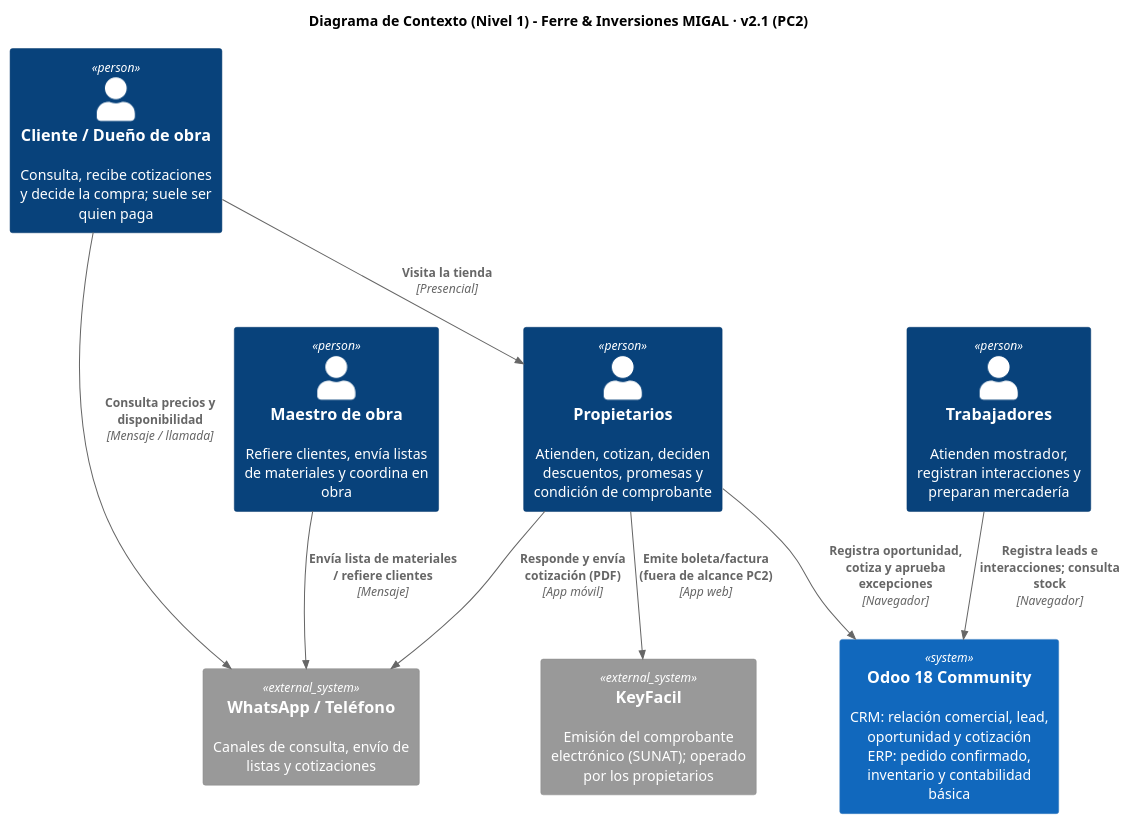
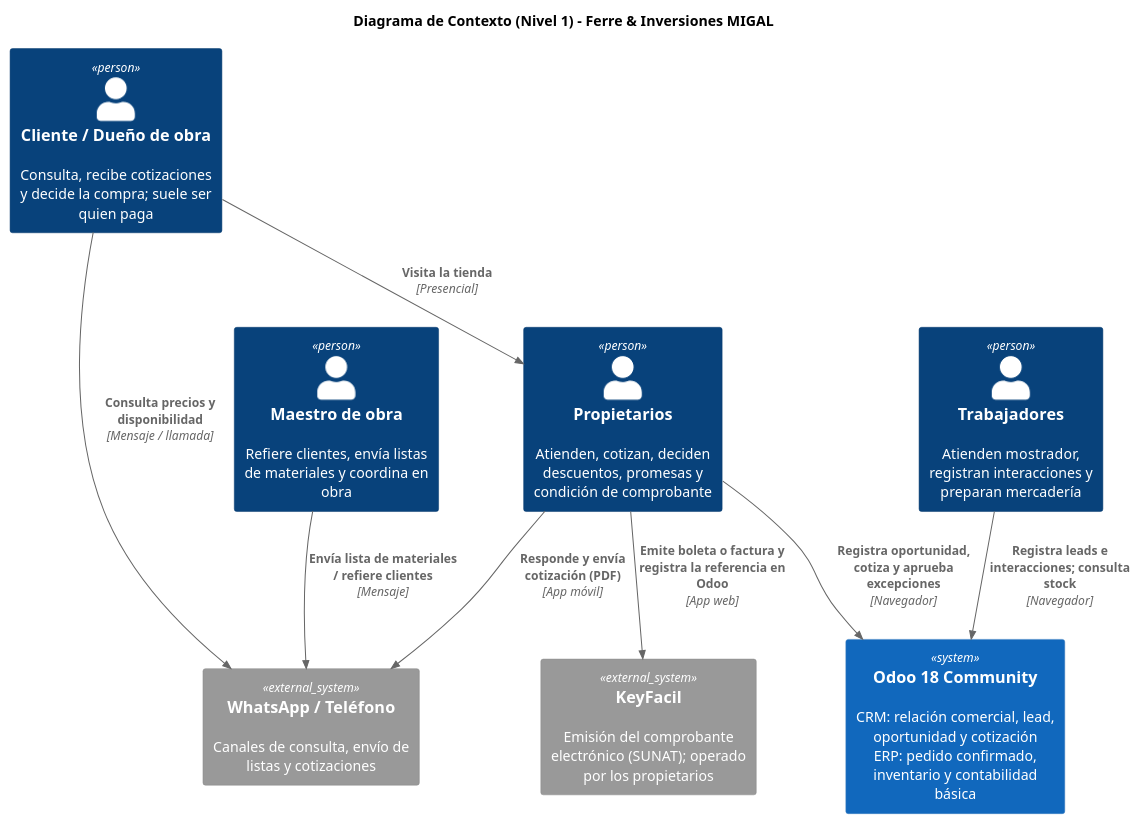
The diagram in arquitectura/vistas/c4/fuentes/contexto.puml (dieg0-29/migal-erp), drawn with PlantUML before and after one commit. The commit also changed 10 other files, not shown here.

Commit message:
docs(vistas): alinear diagramas C4 con los flujos actuales

```diff
--- a/arquitectura/vistas/c4/fuentes/contexto.puml
+++ b/arquitectura/vistas/c4/fuentes/contexto.puml
@@ -1,22 +1,21 @@
 @startuml
 !include https://raw.githubusercontent.com/plantuml-stdlib/C4-PlantUML/master/C4_Context.puml
-' v2.1 (PC2): se agrega la gestión comercial CRM dentro de Odoo 18 Community (ADR-001, ADR-002, ADR-004)
-title Diagrama de Contexto (Nivel 1) - Ferre & Inversiones MIGAL · v2.1 (PC2)
+title Diagrama de Contexto (Nivel 1) - Ferre & Inversiones MIGAL
 
 Person(cliente, "Cliente / Dueño de obra", "Consulta, recibe cotizaciones y decide la compra; suele ser quien paga")
 Person(maestro, "Maestro de obra", "Refiere clientes, envía listas de materiales y coordina en obra")
 Person(prop, "Propietarios", "Atienden, cotizan, deciden descuentos, promesas y condición de comprobante")
 Person(trab, "Trabajadores", "Atienden mostrador, registran interacciones y preparan mercadería")
 
 System_Ext(whatsapp, "WhatsApp / Teléfono", "Canales de consulta, envío de listas y cotizaciones")
 System(odoo, "Odoo 18 Community", "CRM: relación comercial, lead, oportunidad y cotización\nERP: pedido confirmado, inventario y contabilidad básica")
 System_Ext(keyfacil, "KeyFacil", "Emisión del comprobante electrónico (SUNAT); operado por los propietarios")
 
 Rel(cliente, whatsapp, "Consulta precios y disponibilidad", "Mensaje / llamada")
 Rel(maestro, whatsapp, "Envía lista de materiales / refiere clientes", "Mensaje")
 Rel(cliente, prop, "Visita la tienda", "Presencial")
 Rel(prop, whatsapp, "Responde y envía cotización (PDF)", "App móvil")
 Rel(prop, odoo, "Registra oportunidad, cotiza y aprueba excepciones", "Navegador")
 Rel(trab, odoo, "Registra leads e interacciones; consulta stock", "Navegador")
-Rel(prop, keyfacil, "Emite boleta/factura (fuera de alcance PC2)", "App web")
+Rel(prop, keyfacil, "Emite boleta o factura y registra la referencia en Odoo", "App web")
 @enduml
```
